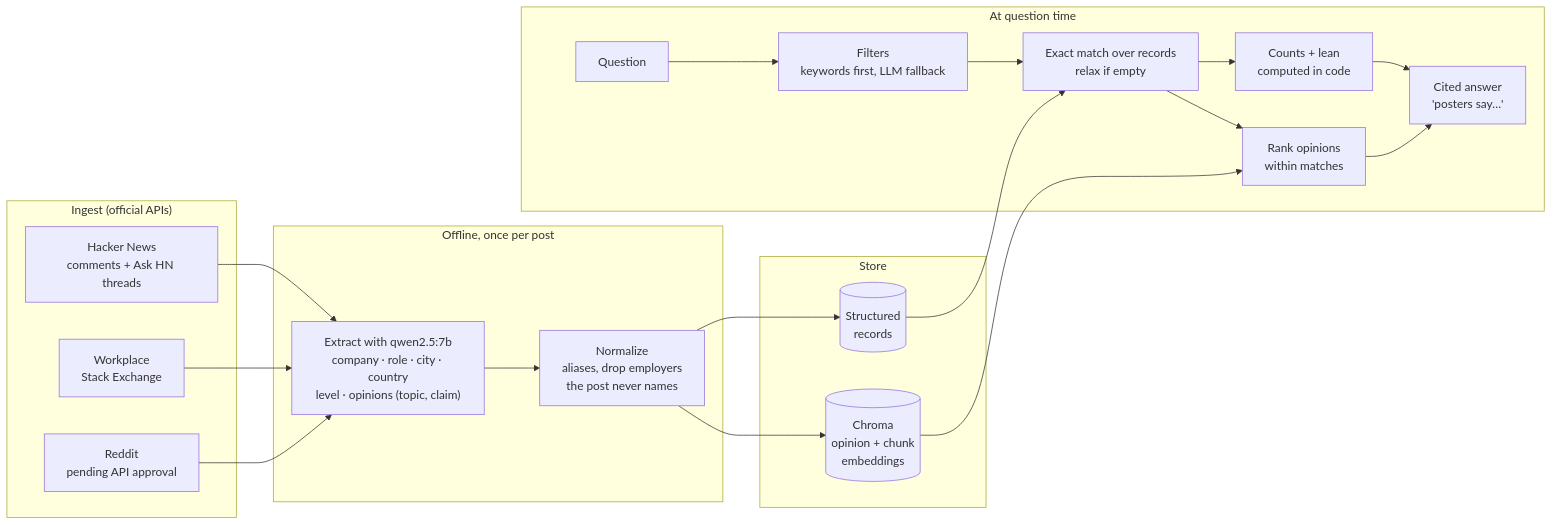
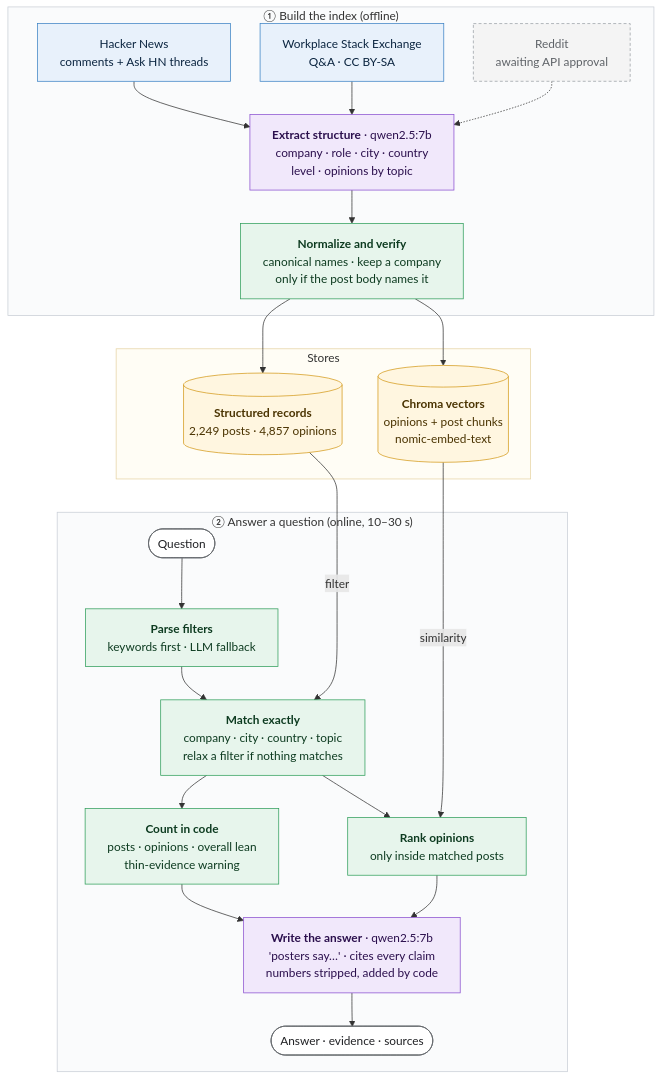
The diagram in README.md (Charan1845/rag-project), drawn with Mermaid before and after one commit. The commit also changed other lines of this file, not shown here.

Commit message:
Redraw architecture diagram as two colour-coded phases

````diff
--- a/README.md
+++ b/README.md
@@ -28,28 +28,52 @@
 ```mermaid
-flowchart LR
-    subgraph Ingest["Ingest (official APIs)"]
-        HN[Hacker News<br/>comments + Ask HN threads]
-        SE[Workplace<br/>Stack Exchange]
-        RD[Reddit<br/>pending API approval]
+%%{init: {"flowchart": {"wrappingWidth": 260, "nodeSpacing": 40, "rankSpacing": 45}}}%%
+flowchart TB
+    subgraph OFF["① Build the index (offline)"]
+        HN["Hacker News<br/>comments + Ask HN threads"]:::src
+        SE["Workplace Stack Exchange<br/>Q&A · CC BY-SA"]:::src
+        RD["Reddit<br/>awaiting API approval"]:::pending
+        EX["<b>Extract structure</b> · qwen2.5:7b<br/>company · role · city · country<br/>level · opinions by topic"]:::llm
+        NM["<b>Normalize and verify</b><br/>canonical names · keep a company<br/>only if the post body names it"]:::code
+        HN --> EX
+        SE --> EX
+        RD -.-> EX
+        EX --> NM
     end
-    subgraph Offline["Offline, once per post"]
-        EX["Extract with qwen2.5:7b<br/>company · role · city · country<br/>level · opinions (topic, claim)"]
-        NM[Normalize<br/>aliases, drop employers<br/>the post never names]
+
+    subgraph DB["Stores"]
+        REC[("<b>Structured records</b><br/>2,249 posts · 4,857 opinions")]:::store
+        VEC[("<b>Chroma vectors</b><br/>opinions + post chunks<br/>nomic-embed-text")]:::store
     end
-    subgraph Store
-        REC[(Structured<br/>records)]
-        VEC[(Chroma<br/>opinion + chunk<br/>embeddings)]
+    NM --> REC
+    NM --> VEC
+
+    subgraph ON["② Answer a question (online, 10–30 s)"]
+        Q(["Question"]):::io
+        PF["<b>Parse filters</b><br/>keywords first · LLM fallback"]:::code
+        MT["<b>Match exactly</b><br/>company · city · country · topic<br/>relax a filter if nothing matches"]:::code
+        CT["<b>Count in code</b><br/>posts · opinions · overall lean<br/>thin-evidence warning"]:::code
+        RK["<b>Rank opinions</b><br/>only inside matched posts"]:::code
+        GN["<b>Write the answer</b> · qwen2.5:7b<br/>'posters say…' · cites every claim<br/>numbers stripped, added by code"]:::llm
+        OUT(["Answer · evidence · sources"]):::io
+        Q --> PF --> MT
+        MT --> CT
+        MT --> RK
+        CT --> GN
+        RK --> GN
+        GN --> OUT
     end
-    subgraph Query["At question time"]
-        Q[Question] --> F[Filters<br/>keywords first, LLM fallback]
-        F --> M[Exact match over records<br/>relax if empty]
-        M --> C[Counts + lean<br/>computed in code]
-        M --> R[Rank opinions<br/>within matches]
-        R --> A[Cited answer<br/>'posters say…']
-        C --> A
-    end
-    HN & SE & RD --> EX --> NM --> REC
-    NM --> VEC
-    REC --> M
-    VEC --> R
+
+    REC ~~~ Q
+    REC -- filter --> MT
+    VEC -- similarity --> RK
+
+    classDef src fill:#e8f1fb,stroke:#3b82c4,color:#0b2540
+    classDef pending fill:#f4f4f4,stroke:#9aa0a6,color:#5f6368,stroke-dasharray:4 3
+    classDef llm fill:#f1e8fb,stroke:#8a4fd0,color:#2b0f4d
+    classDef code fill:#e7f5ec,stroke:#2f9e5b,color:#0d3b20
+    classDef store fill:#fff6e0,stroke:#d49a1a,color:#4a3300
+    classDef io fill:#ffffff,stroke:#5f6368,color:#202124
+    style OFF fill:#fafbfc,stroke:#c9ced6
+    style DB fill:#fffdf5,stroke:#e6d3a3
+    style ON fill:#fafbfc,stroke:#c9ced6
 ```
````
